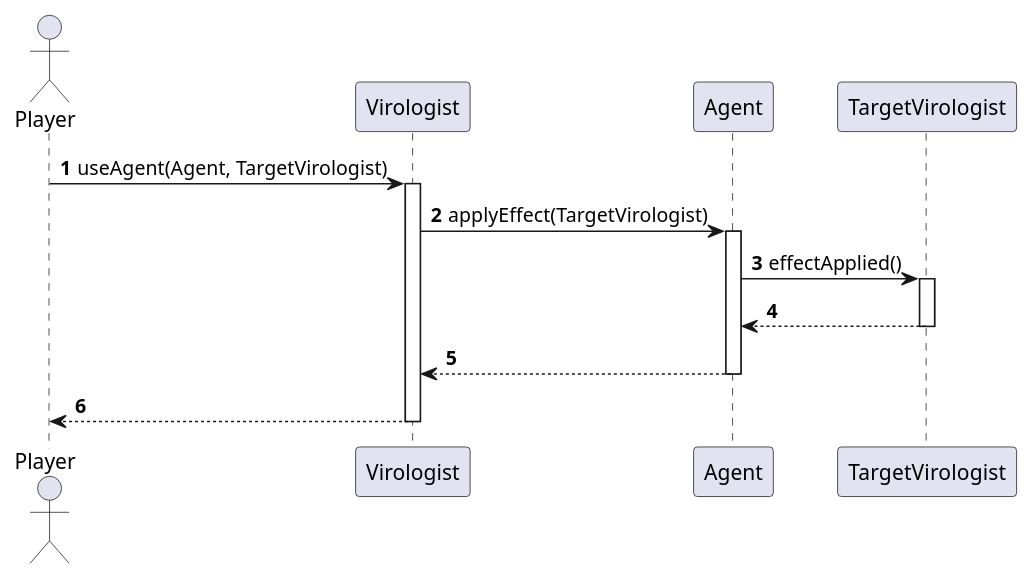
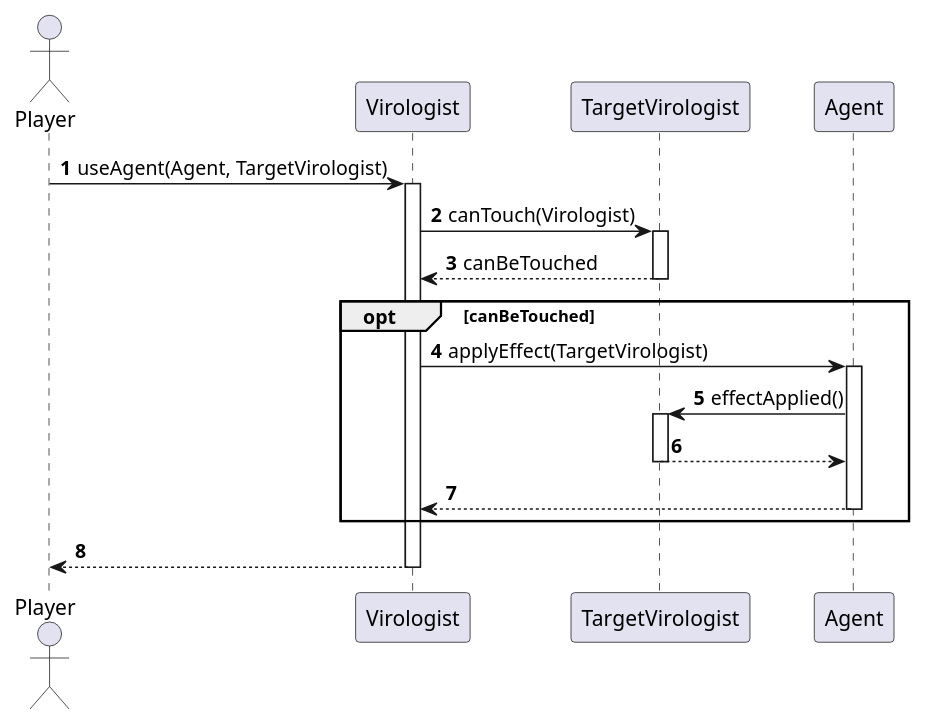
One commit to Projlab-csb/projlab-virologus changed the diagram in sequence-diagram/useAgent.puml. Above: the diagram before and after it, drawn with PlantUML. The commit also changed 4 other files, not shown here.

First line of the commit message:
Sequence diagrams

```diff
--- a/sequence-diagram/useAgent.puml
+++ b/sequence-diagram/useAgent.puml
@@ -1,24 +1,32 @@
 @startuml
 'https://plantuml.com/sequence-diagram
 
 autonumber
 
 actor Player
 
 Player -> Virologist: useAgent(Agent, TargetVirologist)
 Activate Virologist
 
+Virologist -> TargetVirologist: canTouch(Virologist)
+Activate TargetVirologist
+TargetVirologist --> Virologist: canBeTouched
+Deactivate TargetVirologist
+opt canBeTouched
+
 Virologist -> Agent: applyEffect(TargetVirologist)
 Activate Agent
 
 Agent -> TargetVirologist: effectApplied()
 Activate TargetVirologist
-'TODO it's probably not totally completed yet
-TargetVirologist --> Agent: 
+
+TargetVirologist --> Agent:
 Deactivate TargetVirologist
 Agent --> Virologist
 Deactivate Agent
+end
+
 
 Virologist --> Player:
 Deactivate Virologist
 @enduml
```
